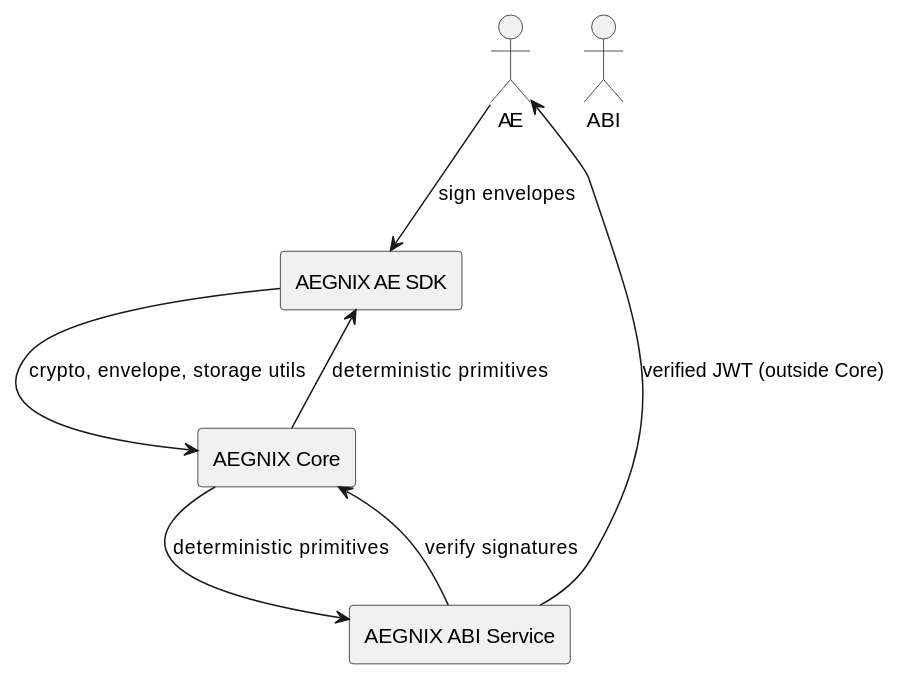
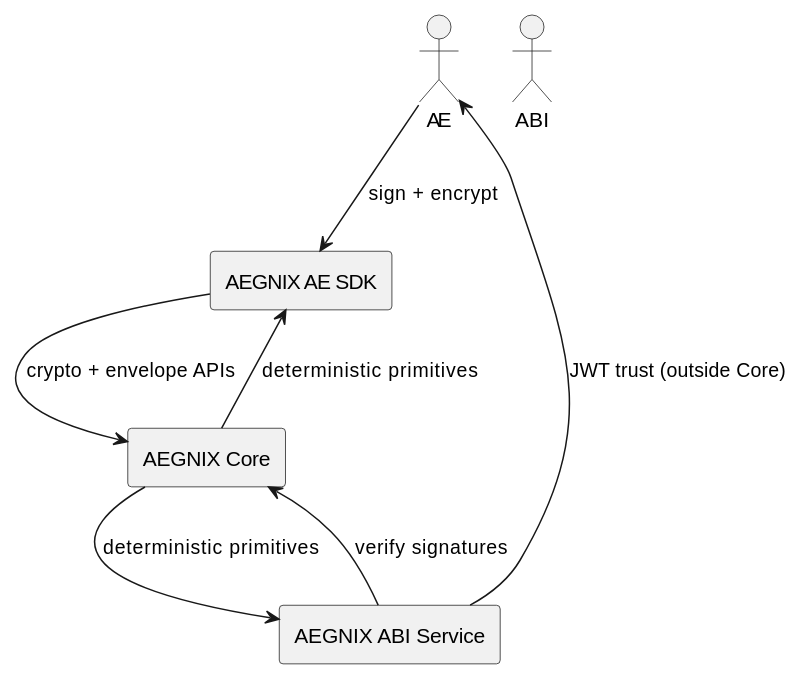
The diagram in README.md (invictus-insights/aegnix-platform-core), drawn with PlantUML before and after one commit. The commit also changed other lines of this file, not shown here.

Commit message:
AEGNIX Core: Update README for Phase 3G (Role Merge, Capability Sync)

````diff
--- a/README.md
+++ b/README.md
@@ -134,18 +135,17 @@
 ```plantuml
 @startuml
 actor AE
 actor ABI
 
 rectangle "AEGNIX AE SDK" as AE_SDK
 rectangle "AEGNIX ABI Service" as ABI_SVC
 rectangle "AEGNIX Core" as CORE
 
-AE --> AE_SDK : sign envelopes
+AE --> AE_SDK : sign + encrypt
 ABI_SVC --> CORE : verify signatures
-AE_SDK --> CORE : crypto, envelope, storage utils
+AE_SDK --> CORE : crypto + envelope APIs
 CORE --> AE_SDK : deterministic primitives
 CORE --> ABI_SVC : deterministic primitives
-ABI_SVC --> AE : verified JWT (outside Core)
-
+ABI_SVC --> AE : JWT trust (outside Core)
 @enduml
 ```
````
